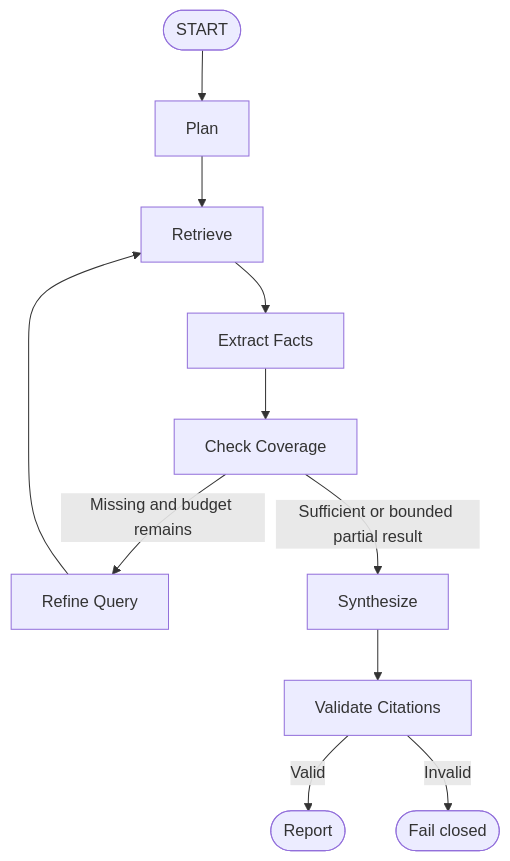
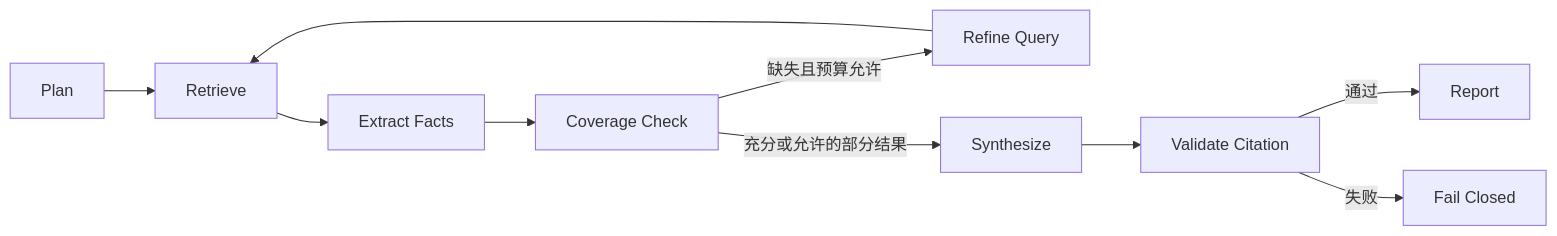
Before and after one commit to tanxunh/researchgraph: the third of 3 diagrams in README.md, drawn with Mermaid. The commit also changed other lines of this file, not shown here.

````diff
--- a/README.md
+++ b/README.md
@@ -71,13 +131,10 @@
 ```mermaid
-flowchart TD
-    Start([START]) --> Plan
-    Plan --> Retrieve
-    Retrieve --> Extract[Extract Facts]
-    Extract --> Coverage[Check Coverage]
-    Coverage -->|Missing and budget remains| Refine[Refine Query]
+flowchart LR
+    Plan --> Retrieve --> Extract[Extract Facts] --> Coverage[Coverage Check]
+    Coverage -->|缺失且预算允许| Refine[Refine Query]
     Refine --> Retrieve
-    Coverage -->|Sufficient or bounded partial result| Synthesize
-    Synthesize --> Validate[Validate Citations]
-    Validate -->|Valid| End([Report])
-    Validate -->|Invalid| Failed([Fail closed])
+    Coverage -->|充分或允许的部分结果| Synthesize
+    Synthesize --> Validate[Validate Citation]
+    Validate -->|通过| Report[Report]
+    Validate -->|失败| Closed[Fail Closed]
 ```
````
